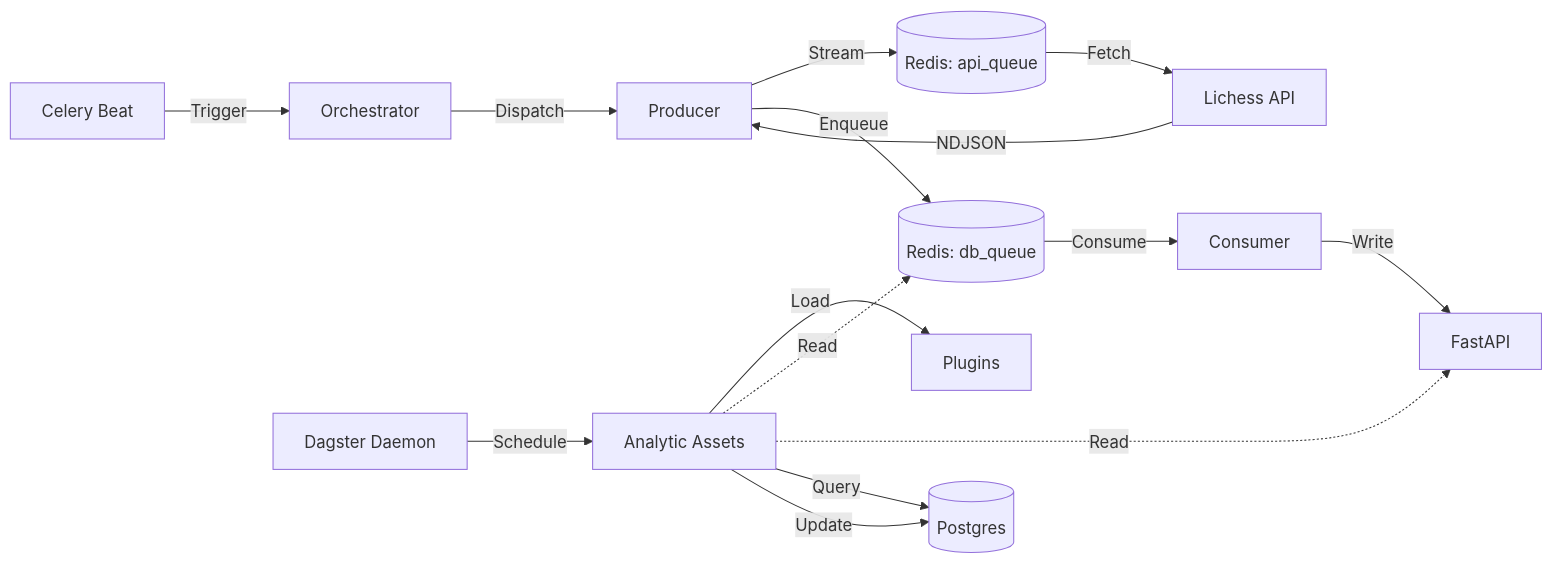
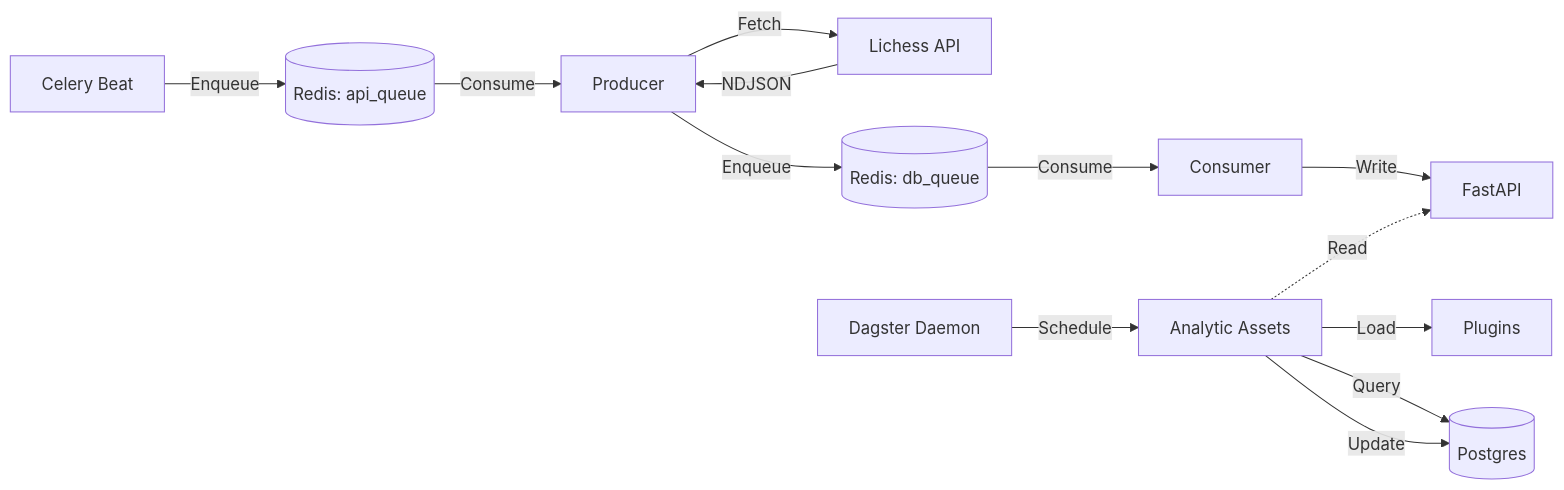
Before and after one commit to roaur/personal-backend: the diagram in README.md, drawn with Mermaid.

Commit message:
docs: refine mermaid diagram with correct queue flow

````diff
--- a/README.md
+++ b/README.md
@@ -35,18 +35,16 @@
 ```mermaid
 graph LR
-    Beat[Celery Beat] -->|Trigger| Orch[Orchestrator]
-    Orch -->|Dispatch| Prod[Producer]
-    Prod -->|Stream| Q1[(Redis: api_queue)]
-    Q1 -->|Fetch| Lichess[Lichess API]
+    Beat[Celery Beat] -->|Enqueue| Q1[(Redis: api_queue)]
+    Q1 -->|Consume| Prod[Producer]
+    Prod -->|Fetch| Lichess[Lichess API]
     Lichess -->|NDJSON| Prod
     Prod -->|Enqueue| Q2[(Redis: db_queue)]
     Q2 -->|Consume| Cons[Consumer]
     Cons -->|Write| API[FastAPI]
     
     Dagster[Dagster Daemon] -->|Schedule| Assets[Analytic Assets]
     Assets -->|Load| Plugins[Plugins]
-    Assets -.->|Read| Q2
     Assets -.->|Read| API[FastAPI]
     Assets -->|Query| DB[(Postgres)]
     Assets -->|Update| DB
 ```
````
